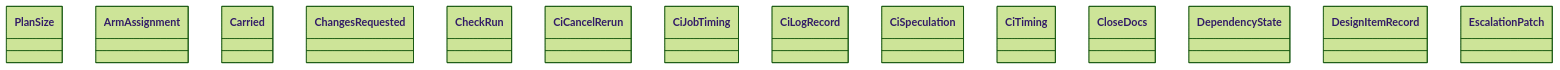
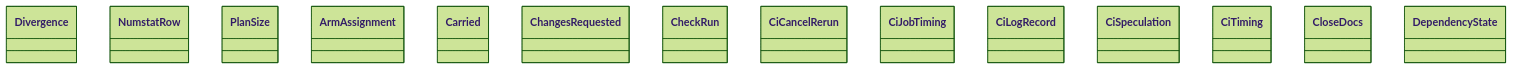
The diagram in docs/architecture/generated/classes-process-domain-state-3.md (GonzaloZevallos/agentic-system), drawn with Mermaid (forest theme) before and after one commit. The commit also changed 15 other files, not shown here.

Commit message:
Regenerate architecture pages and cluster domain.lead_time

````diff
--- a/docs/architecture/generated/classes-process-domain-state-3.md
+++ b/docs/architecture/generated/classes-process-domain-state-3.md
@@ -24,17 +24,17 @@
 ```mermaid
 classDiagram
+    class size_budget__Divergence["Divergence"]
+    class size_budget__NumstatRow["NumstatRow"]
     class size_budget__PlanSize["PlanSize"]
     class task__ArmAssignment["ArmAssignment"]
     class task__Carried["Carried"]
     class task__ChangesRequested["ChangesRequested"]
     class task__CheckRun["CheckRun"]
     class task__CiCancelRerun["CiCancelRerun"]
     class task__CiJobTiming["CiJobTiming"]
     class task__CiLogRecord["CiLogRecord"]
     class task__CiSpeculation["CiSpeculation"]
     class task__CiTiming["CiTiming"]
     class task__CloseDocs["CloseDocs"]
     class task__DependencyState["DependencyState"]
-    class task__DesignItemRecord["DesignItemRecord"]
-    class task__EscalationPatch["EscalationPatch"]
 ```
````
